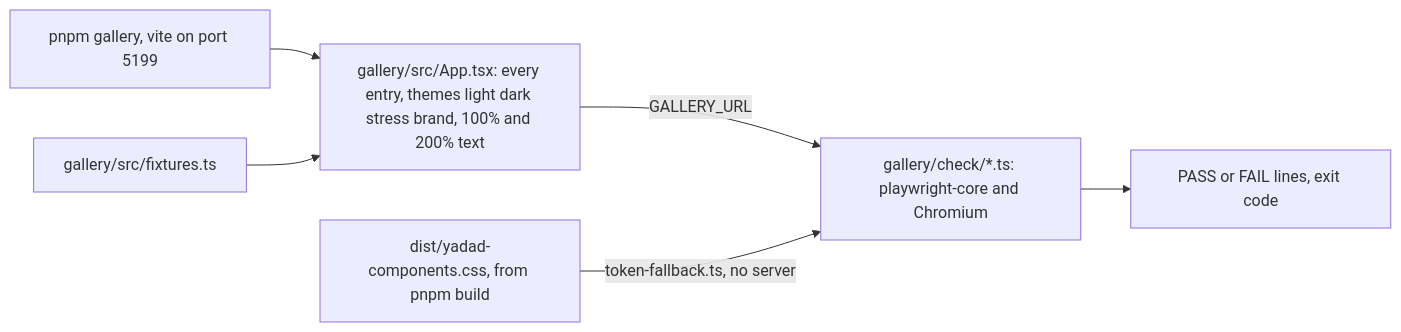
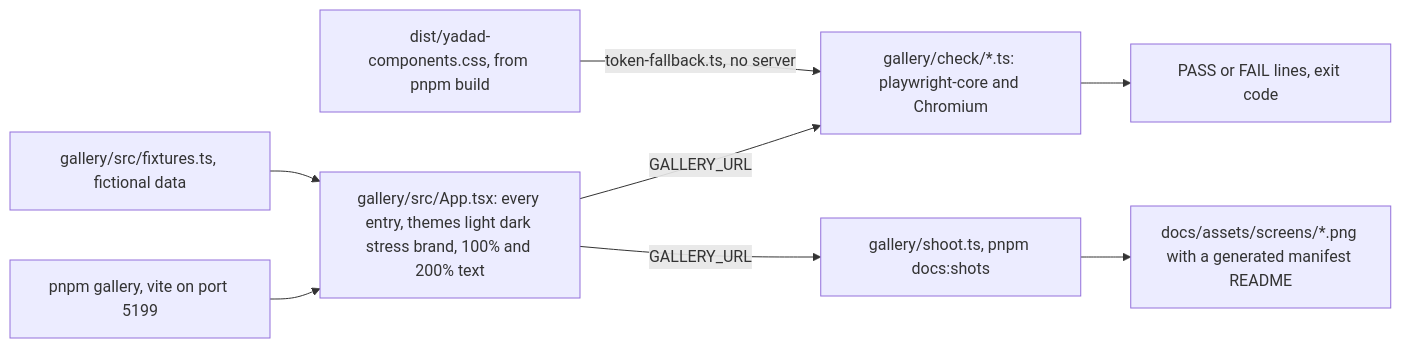
One commit to aggressive-stag/yadad-components changed the fifth of 6 diagrams in ARCHITECTURE.md. Above: the diagram before and after it, drawn with Mermaid. The commit also changed other lines of this file, not shown here.

First line of the commit message:
docs(architecture): mermaid diagrams checked against code

````diff
--- a/ARCHITECTURE.md
+++ b/ARCHITECTURE.md
@@ -80,13 +131,17 @@
 ```mermaid
 flowchart LR
   Dev["pnpm gallery, vite on port 5199"]
   App["gallery/src/App.tsx: every entry, themes light dark stress brand, 100% and 200% text"]
-  Fix["gallery/src/fixtures.ts"]
+  Fix["gallery/src/fixtures.ts, fictional data"]
   Chk["gallery/check/*.ts: playwright-core and Chromium"]
+  Shoot["gallery/shoot.ts, pnpm docs:shots"]
   Css["dist/yadad-components.css, from pnpm build"]
+  Docs["docs/assets/screens/*.png with a generated manifest README"]
   Dev --> App
   Fix --> App
   App -->|"GALLERY_URL"| Chk
+  App -->|"GALLERY_URL"| Shoot
   Css -->|"token-fallback.ts, no server"| Chk
   Chk --> Out["PASS or FAIL lines, exit code"]
+  Shoot --> Docs
 ```
````
